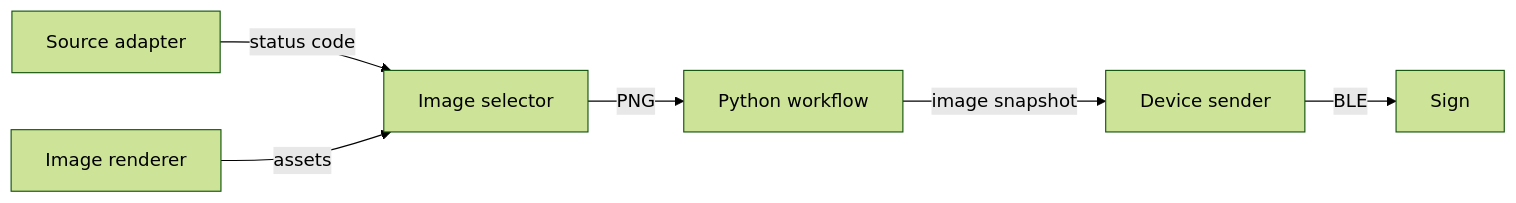
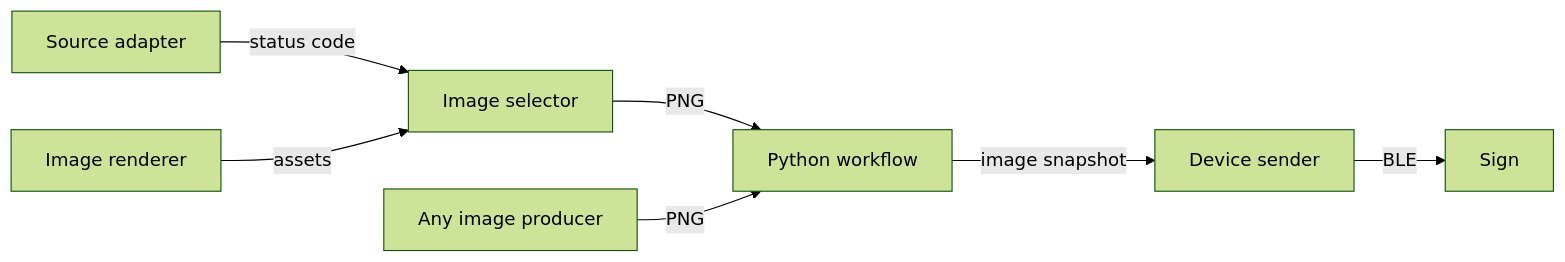
Before and after one commit to greg-mitchell/pwn-my-sign: the diagram in docs/architecture.md, drawn with Mermaid (forest theme). The commit also changed other lines of this file and 16 other files, not shown here.

````diff
--- a/docs/architecture.md
+++ b/docs/architecture.md
@@ -12,8 +12,9 @@
 ```mermaid
 flowchart LR
     source[Source adapter] -->|status code| selector[Image selector]
     renderer[Image renderer] -->|assets| selector
     selector -->|PNG| workflow[Python workflow]
+    producer[Any image producer] -->|PNG| workflow
     workflow -->|image snapshot| sender[Device sender]
     sender -->|BLE| sign[Sign]
 ```
````
